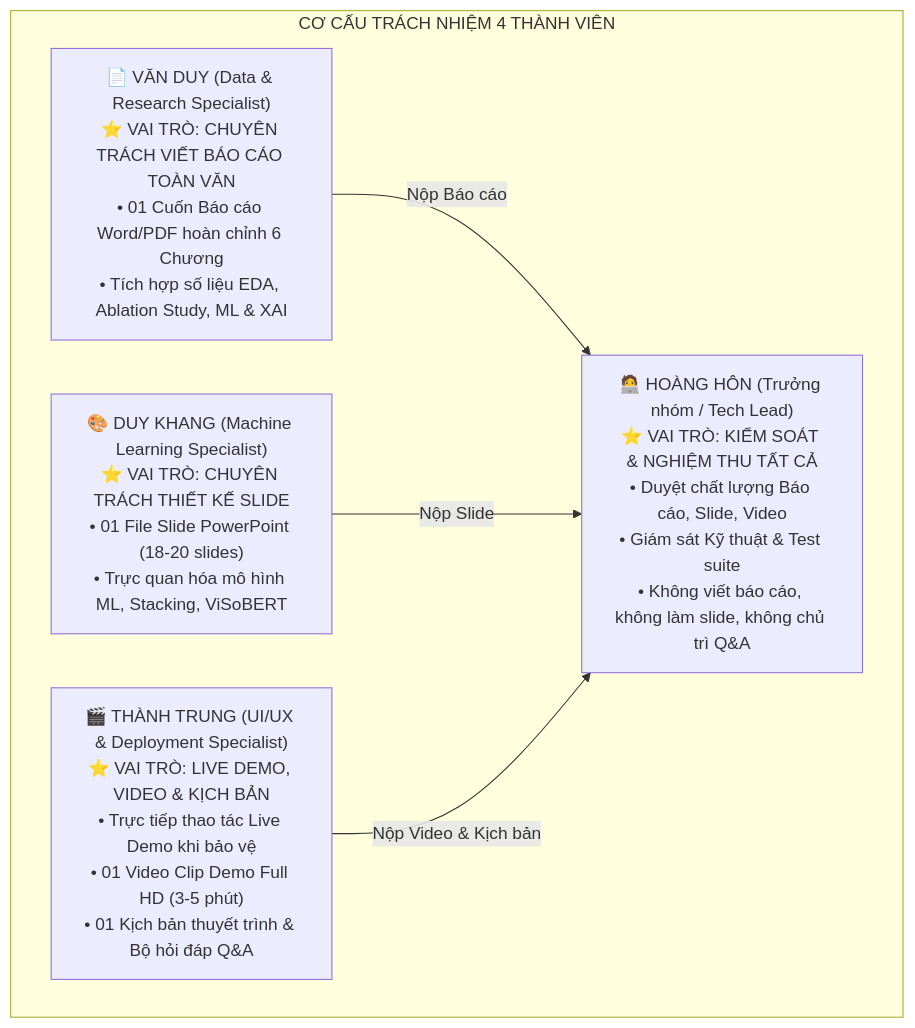
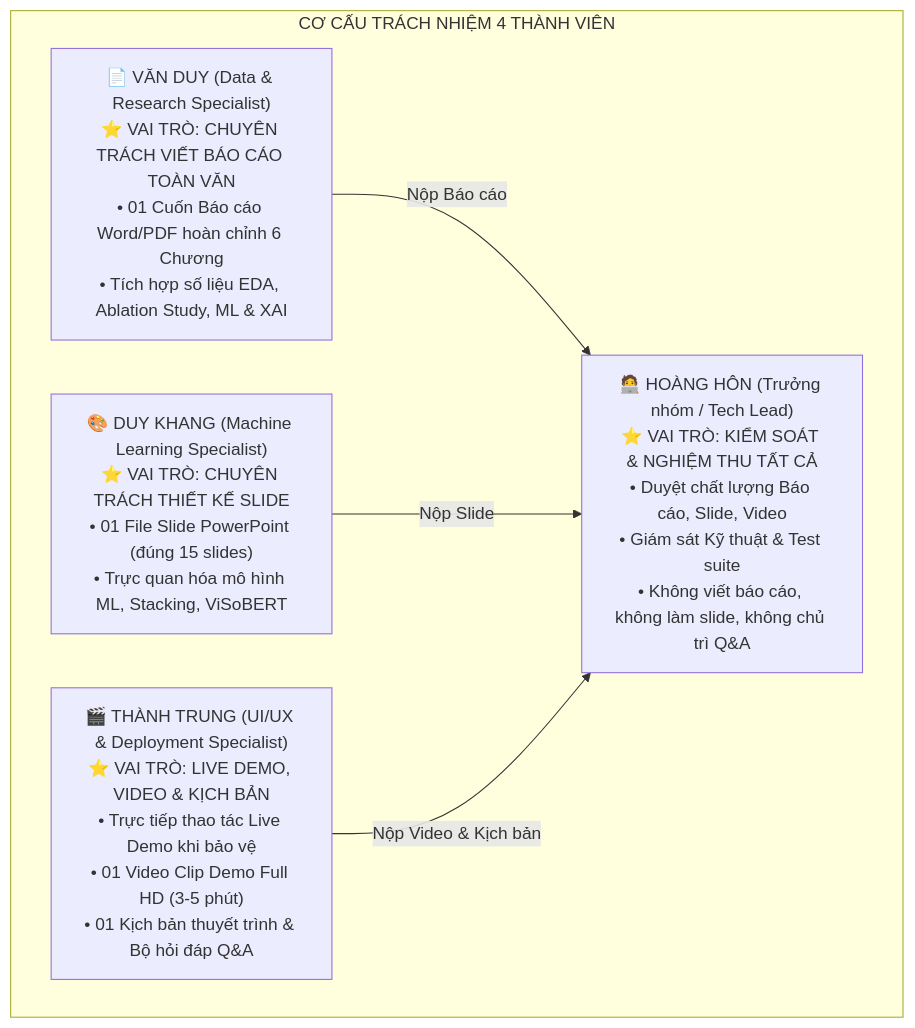
Before and after one commit to mrkiss-it/NLP-Sentiment-Analysis-ITviec: the diagram in reports/ke_hoach_hoan_thien_do_an.md, drawn with Mermaid. The commit also changed other lines of this file, not shown here.

Commit message:
docs: streamline presentation plan to exactly 15 slides

````diff
--- a/reports/ke_hoach_hoan_thien_do_an.md
+++ b/reports/ke_hoach_hoan_thien_do_an.md
@@ -12,16 +12,16 @@
 ```mermaid
 flowchart TD
     subgraph TEAM ["CƠ CẤU TRÁCH NHIỆM 4 THÀNH VIÊN"]
         TV1["🧑‍💻 HOÀNG HÔN (Trưởng nhóm / Tech Lead)<br>⭐ VAI TRÒ: KIỂM SOÁT & NGHIỆM THU TẤT CẢ<br>• Duyệt chất lượng Báo cáo, Slide, Video<br>• Giám sát Kỹ thuật & Test suite<br>• Không viết báo cáo, không làm slide, không chủ trì Q&A"]
         
         TV2["📄 VĂN DUY (Data & Research Specialist)<br>⭐ VAI TRÒ: CHUYÊN TRÁCH VIẾT BÁO CÁO TOÀN VĂN<br>• 01 Cuốn Báo cáo Word/PDF hoàn chỉnh 6 Chương<br>• Tích hợp số liệu EDA, Ablation Study, ML & XAI"]
         
-        TV3["🎨 DUY KHANG (Machine Learning Specialist)<br>⭐ VAI TRÒ: CHUYÊN TRÁCH THIẾT KẾ SLIDE<br>• 01 File Slide PowerPoint (18-20 slides)<br>• Trực quan hóa mô hình ML, Stacking, ViSoBERT"]
+        TV3["🎨 DUY KHANG (Machine Learning Specialist)<br>⭐ VAI TRÒ: CHUYÊN TRÁCH THIẾT KẾ SLIDE<br>• 01 File Slide PowerPoint (đúng 15 slides)<br>• Trực quan hóa mô hình ML, Stacking, ViSoBERT"]
         
         TV4["🎬 THÀNH TRUNG (UI/UX & Deployment Specialist)<br>⭐ VAI TRÒ: LIVE DEMO, VIDEO & KỊCH BẢN<br>• Trực tiếp thao tác Live Demo khi bảo vệ<br>• 01 Video Clip Demo Full HD (3-5 phút)<br>• 01 Kịch bản thuyết trình & Bộ hỏi đáp Q&A"]
     end
     
     TV2 -->|Nộp Báo cáo| TV1
     TV3 -->|Nộp Slide| TV1
     TV4 -->|Nộp Video & Kịch bản| TV1
 ```
````
